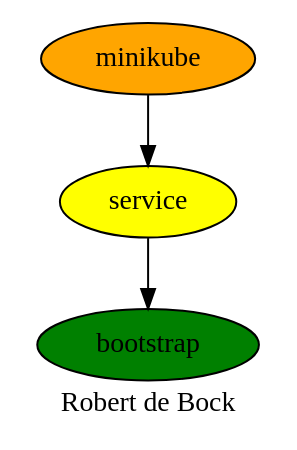
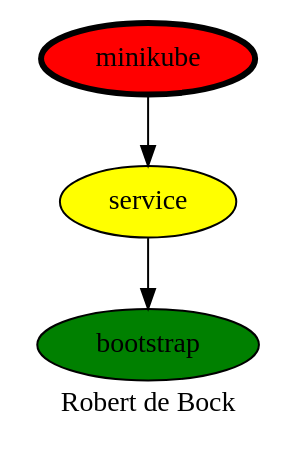
Before and after one commit to robertdebock/drawings: the diagram in minikube.dot, drawn with Graphviz. The commit also changed 1 other file, not shown here.

Commit message:
Add minikube, fix powertop

```diff
--- a/minikube.dot
+++ b/minikube.dot
@@ -1,11 +1,11 @@
 digraph PhiloDilemma {
   label = "Robert de Bock" ;
   overlap=false
   {
     bootstrap [fillcolor=green style=filled]
     service [fillcolor=yellow style=filled]
-    minikube [fillcolor=orange style=filled]
+    minikube [fillcolor=red style=filled penwidth=3]
   }
+  minikube -> service
   service -> bootstrap
-  minikube -> service
 }
```
